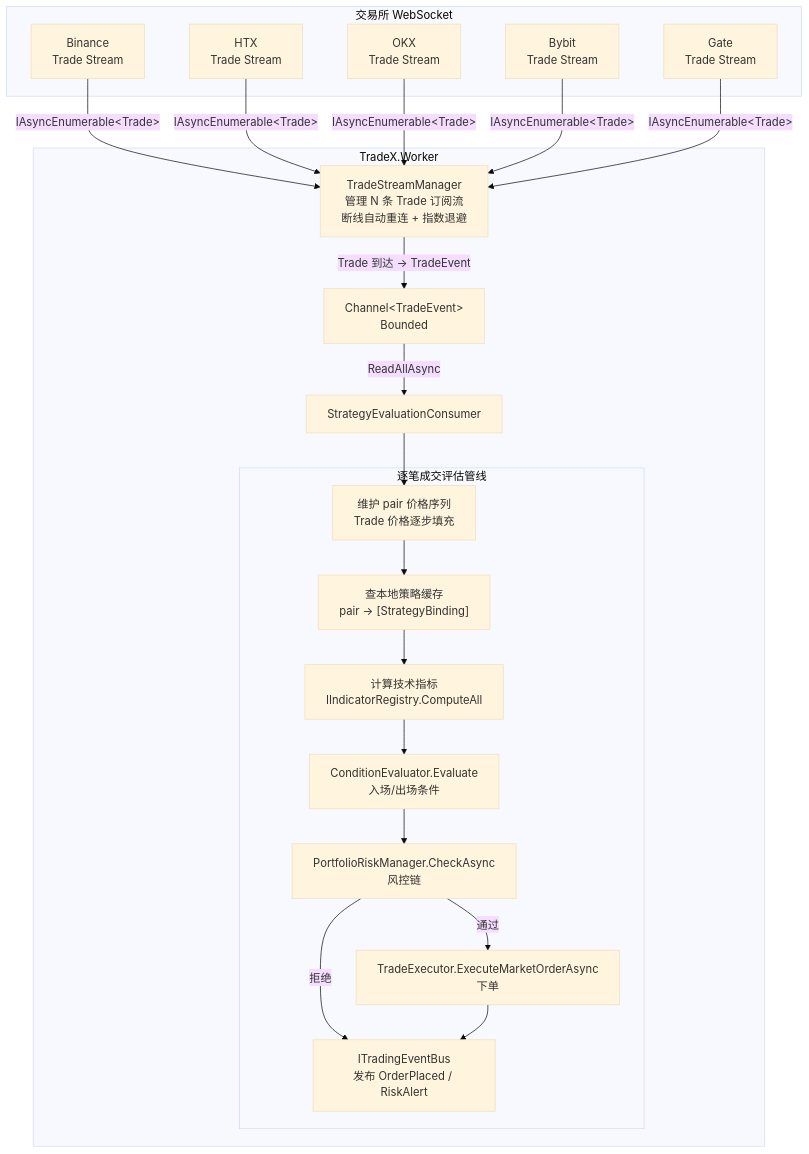
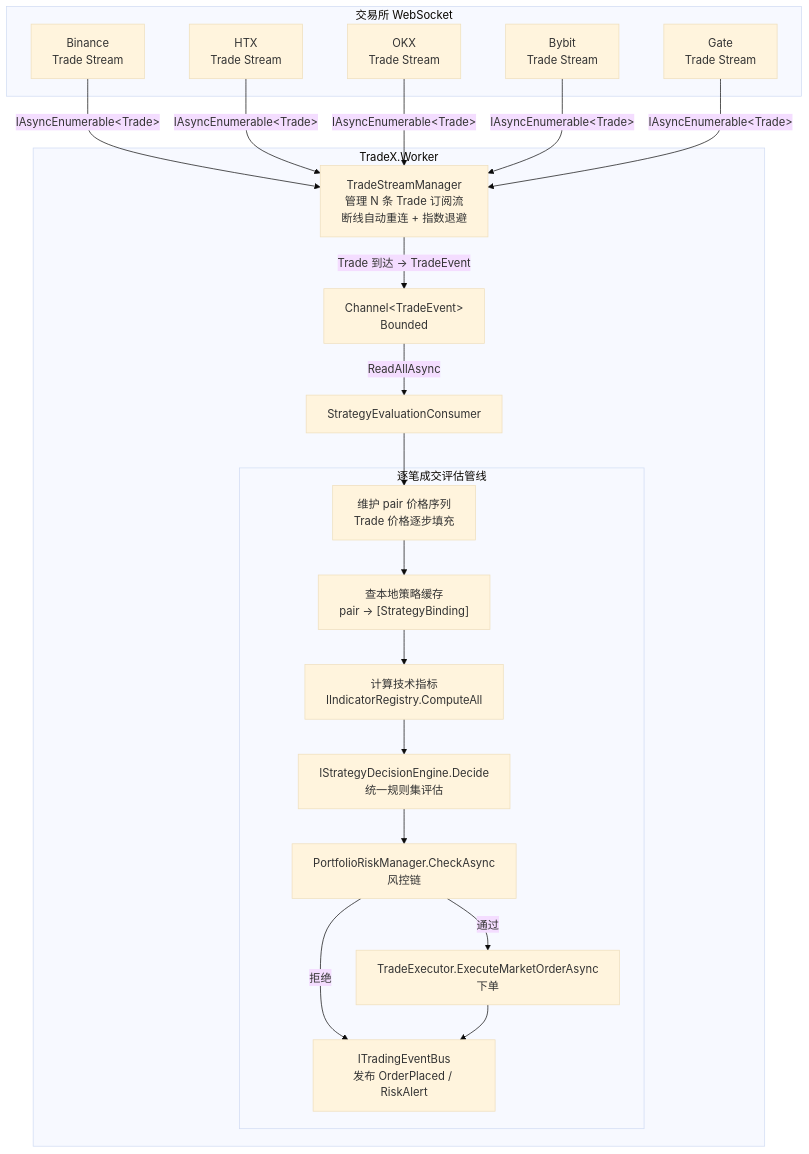
Before and after one commit to bambuo/TradeX: the second of 7 diagrams in docs/策略引擎工作流程.md, drawn with Mermaid (base theme). The commit also changed other lines of this file and 5 other files, not shown here.

````diff
--- a/docs/策略引擎工作流程.md
+++ b/docs/策略引擎工作流程.md
@@ -95,44 +95,44 @@
 ```mermaid
 flowchart TD
     subgraph Exchanges["交易所 WebSocket"]
         B["Binance<br/>Trade Stream"]
         H["HTX<br/>Trade Stream"]
         O["OKX<br/>Trade Stream"]
         BY["Bybit<br/>Trade Stream"]
         G["Gate<br/>Trade Stream"]
     end
 
     subgraph Worker["TradeX.Worker"]
         TSM["TradeStreamManager<br/>管理 N 条 Trade 订阅流<br/>断线自动重连 + 指数退避"]
         CH["Channel&lt;TradeEvent&gt;<br/>Bounded"]
         SEC["StrategyEvaluationConsumer"]
 
         subgraph Consumer["逐笔成交评估管线"]
             EV1["维护 pair 价格序列<br/>Trade 价格逐步填充"]
             EV2["查本地策略缓存<br/>pair → [StrategyBinding]"]
             EV3["计算技术指标<br/>IIndicatorRegistry.ComputeAll"]
-            EV4["ConditionEvaluator.Evaluate<br/>入场/出场条件"]
+            EV4["IStrategyDecisionEngine.Decide<br/>统一规则集评估"]
             EV5["PortfolioRiskManager.CheckAsync<br/>风控链"]
             EV6["TradeExecutor.ExecuteMarketOrderAsync<br/>下单"]
             EV7["ITradingEventBus<br/>发布 OrderPlaced / RiskAlert"]
         end
     end
 
     B -->|IAsyncEnumerable&lt;Trade&gt;| TSM
     H -->|IAsyncEnumerable&lt;Trade&gt;| TSM
     O -->|IAsyncEnumerable&lt;Trade&gt;| TSM
     BY -->|IAsyncEnumerable&lt;Trade&gt;| TSM
     G -->|IAsyncEnumerable&lt;Trade&gt;| TSM
 
     TSM -->|"Trade 到达 → TradeEvent"| CH
     CH -->|ReadAllAsync| SEC
 
     SEC --> EV1
     EV1 --> EV2
     EV2 --> EV3
     EV3 --> EV4
     EV4 --> EV5
     EV5 -->|通过| EV6
     EV5 -->|拒绝| EV7
     EV6 --> EV7
 ```
````
